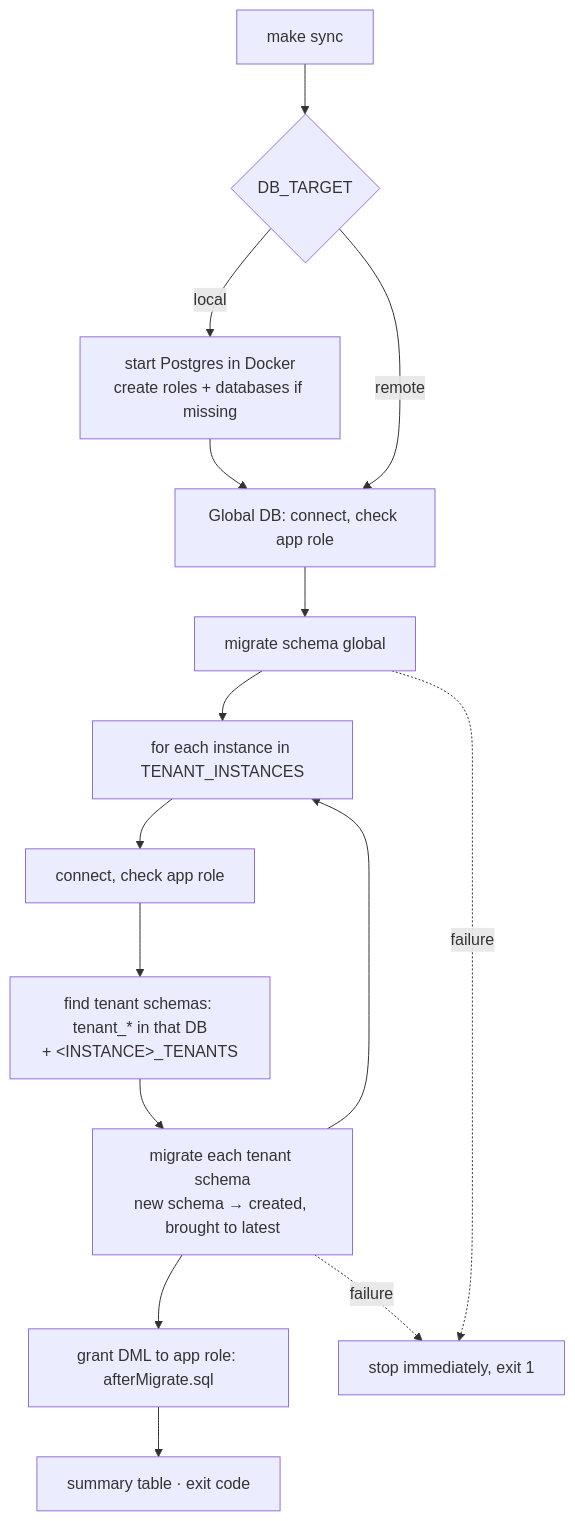
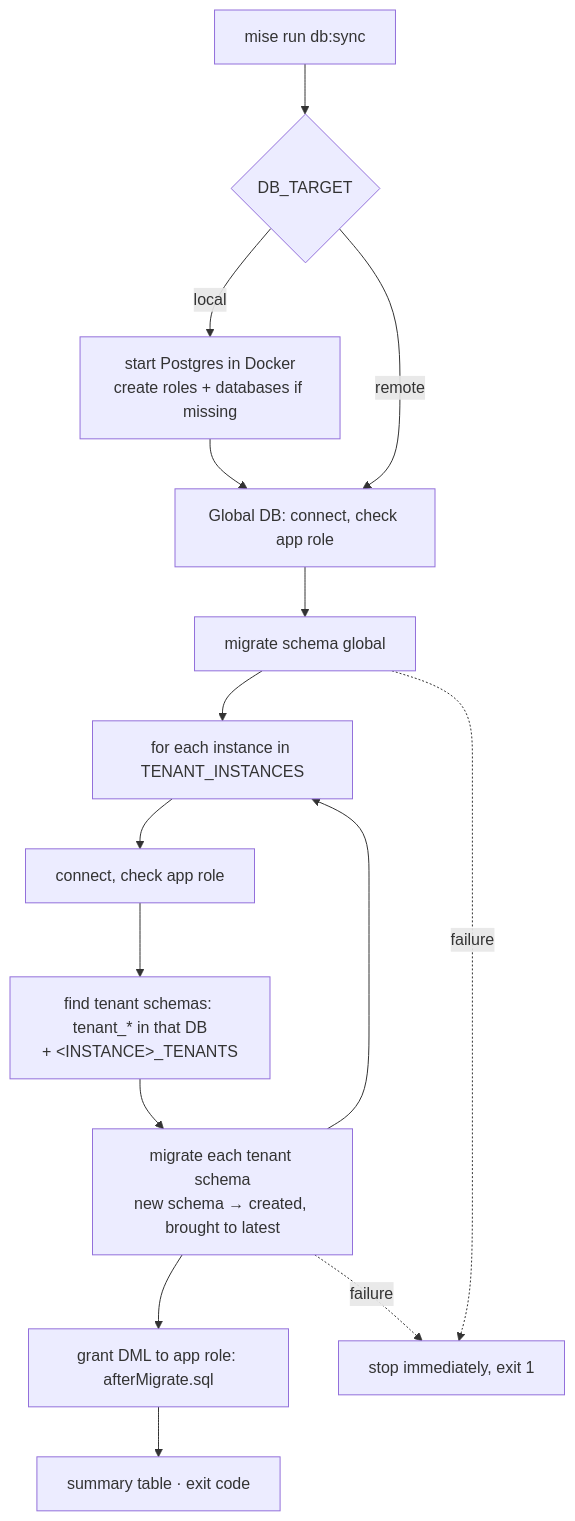
Before and after one commit to mumei-sp/sanketa: the fourth of 5 diagrams in README.md, drawn with Mermaid. The commit also changed other lines of this file and 90 other files, not shown here.

````diff
--- a/README.md
+++ b/README.md
@@ -168,17 +266,17 @@
 ```mermaid
 flowchart TD
-    A[make sync] --> B{DB_TARGET}
+    A[mise run db:sync] --> B{DB_TARGET}
     B -- local --> C[start Postgres in Docker<br/>create roles + databases if missing]
     B -- remote --> D
     C --> D[Global DB: connect, check app role]
     D --> E[migrate schema global]
     E --> F[for each instance in TENANT_INSTANCES]
     F --> G[connect, check app role]
     G --> H["find tenant schemas: tenant_* in that DB<br/>+ &lt;INSTANCE&gt;_TENANTS"]
     H --> I[migrate each tenant schema<br/>new schema → created, brought to latest]
     I --> F
     I --> J[grant DML to app role: afterMigrate.sql]
     J --> K[summary table · exit code]
     E -. failure .-> X[stop immediately, exit 1]
     I -. failure .-> X
 ```
````
